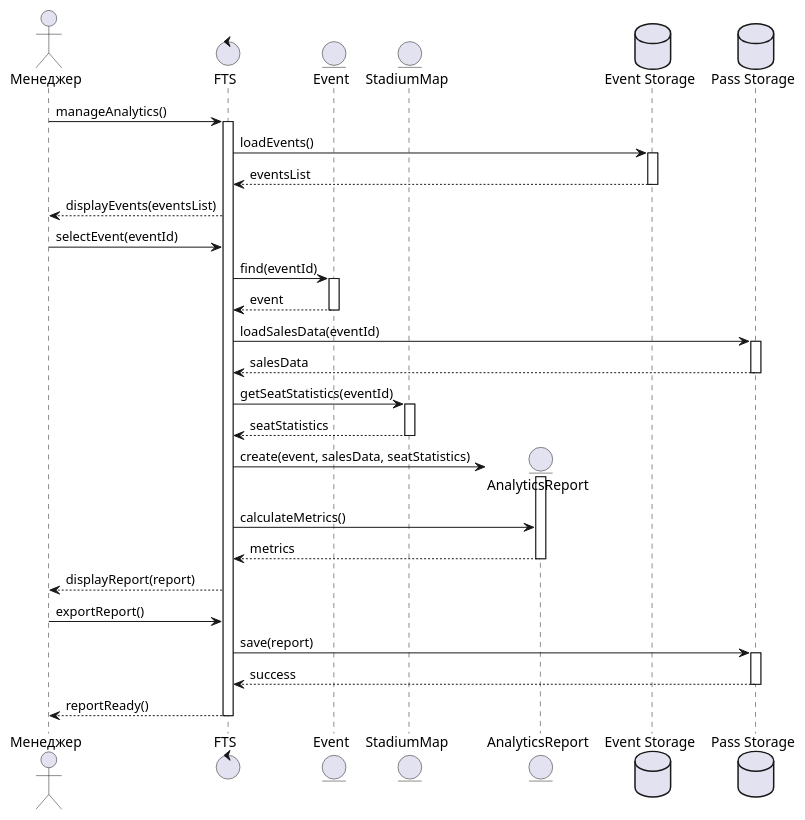
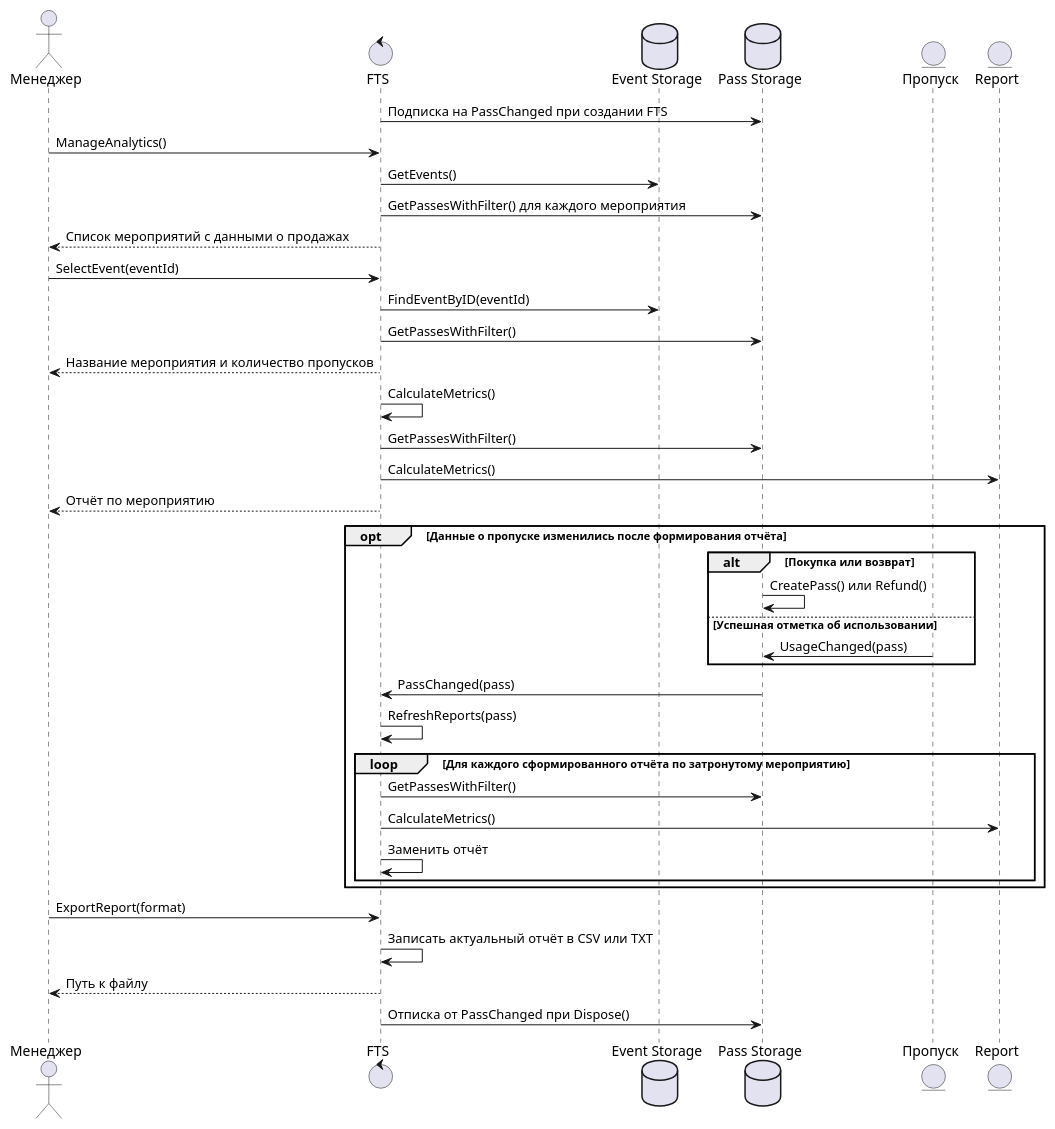
The diagram in Преценденты/Вывод аналитики по мероприятию/Диаграмма последовательности.md (penamarth/bsbo-11-24_team5_var10_football), drawn with PlantUML before and after one commit. The commit also changed 8 other files, not shown here.

Commit message:
Обновить прецедент аналитики и диаграммы Observer

````diff
--- a/Преценденты/Вывод аналитики по мероприятию/Диаграмма последовательности.md
+++ b/Преценденты/Вывод аналитики по мероприятию/Диаграмма последовательности.md
@@ -3,58 +5,48 @@
 ```plantuml
-
 @startuml
 actor "Менеджер" as Manager
-
 control "FTS" as FTS
-entity "Event" as Event
-entity "StadiumMap" as Map
-entity "AnalyticsReport" as Report
 database "Event Storage" as EventStorage
 database "Pass Storage" as PassStorage
+entity "Пропуск" as Pass
+entity "Report" as Report
 
-Manager -> FTS : manageAnalytics()
-activate FTS
+FTS -> PassStorage : Подписка на PassChanged при создании FTS
 
-FTS -> EventStorage : loadEvents()
-activate EventStorage
-EventStorage --> FTS : eventsList
-deactivate EventStorage
-FTS --> Manager : displayEvents(eventsList)
+Manager -> FTS : ManageAnalytics()
+FTS -> EventStorage : GetEvents()
+FTS -> PassStorage : GetPassesWithFilter() для каждого мероприятия
+FTS --> Manager : Список мероприятий с данными о продажах
 
-Manager -> FTS : selectEvent(eventId)
+Manager -> FTS : SelectEvent(eventId)
+FTS -> EventStorage : FindEventByID(eventId)
+FTS -> PassStorage : GetPassesWithFilter()
+FTS --> Manager : Название мероприятия и количество пропусков
 
-FTS -> Event : find(eventId)
-activate Event
-Event --> FTS : event
-deactivate Event
+FTS -> FTS : CalculateMetrics()
+FTS -> PassStorage : GetPassesWithFilter()
+FTS -> Report : CalculateMetrics()
+FTS --> Manager : Отчёт по мероприятию
 
-FTS -> PassStorage : loadSalesData(eventId)
-activate PassStorage
-PassStorage --> FTS : salesData
-deactivate PassStorage
+opt Данные о пропуске изменились после формирования отчёта
+    alt Покупка или возврат
+        PassStorage -> PassStorage : CreatePass() или Refund()
+    else Успешная отметка об использовании
+        Pass -> PassStorage : UsageChanged(pass)
+    end
+    PassStorage -> FTS : PassChanged(pass)
+    FTS -> FTS : RefreshReports(pass)
+    loop Для каждого сформированного отчёта по затронутому мероприятию
+        FTS -> PassStorage : GetPassesWithFilter()
+        FTS -> Report : CalculateMetrics()
+        FTS -> FTS : Заменить отчёт
+    end
+end
 
-FTS -> Map : getSeatStatistics(eventId)
-activate Map
-Map --> FTS : seatStatistics
-deactivate Map
+Manager -> FTS : ExportReport(format)
+FTS -> FTS : Записать актуальный отчёт в CSV или TXT
+FTS --> Manager : Путь к файлу
 
-create Report
-FTS -> Report : create(event, salesData, seatStatistics)
-activate Report
-FTS -> Report : calculateMetrics()
-Report --> FTS : metrics
-deactivate Report
-
-FTS --> Manager : displayReport(report)
-
-Manager -> FTS : exportReport()
-FTS -> PassStorage : save(report)
-activate PassStorage
-PassStorage --> FTS : success
-deactivate PassStorage
-
-FTS --> Manager : reportReady()
-deactivate FTS
-
+FTS -> PassStorage : Отписка от PassChanged при Dispose()
 @enduml
 ```
````
